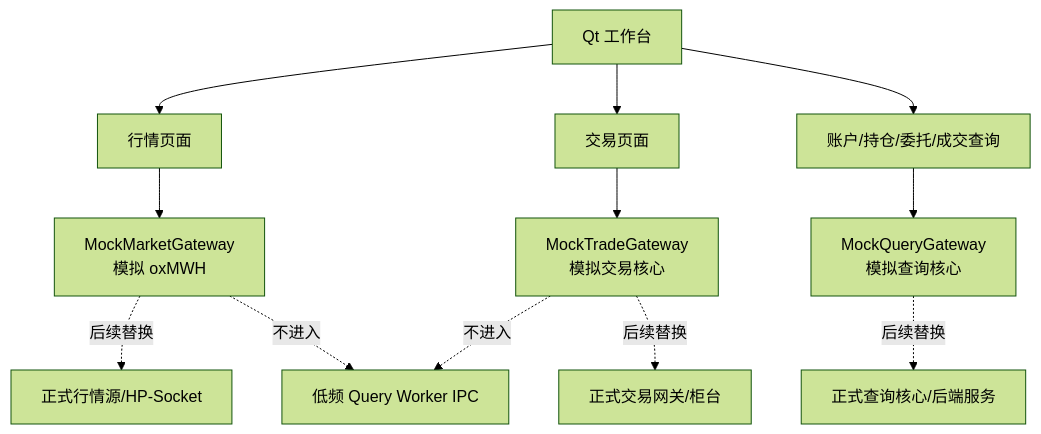
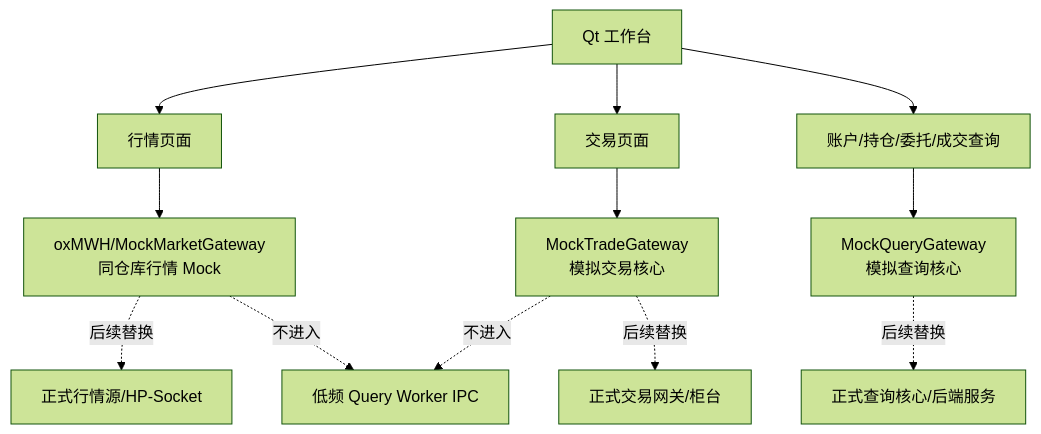
Before and after one commit to Weatherbless2/oxtrade: the second of 5 diagrams in README.md, drawn with Mermaid (forest theme). The commit also changed other lines of this file and 15 other files, not shown here.

Commit message:
feat(market): add in-repo oxMWH core (#14)

````diff
--- a/README.md
+++ b/README.md
@@ -49,15 +49,15 @@
 ```mermaid
 flowchart TB
     UI[Qt 工作台]
     UI --> M[行情页面]
     UI --> T[交易页面]
     UI --> A[账户/持仓/委托/成交查询]
-    M --> MG[MockMarketGateway<br/>模拟 oxMWH]
+    M --> MG[oxMWH/MockMarketGateway<br/>同仓库行情 Mock]
     T --> TG[MockTradeGateway<br/>模拟交易核心]
     A --> QG[MockQueryGateway<br/>模拟查询核心]
     MG -. 后续替换 .-> HM[正式行情源/HP-Socket]
     TG -. 后续替换 .-> HT[正式交易网关/柜台]
     QG -. 后续替换 .-> HQ[正式查询核心/后端服务]
     MG -. 不进入 .-> IPC[低频 Query Worker IPC]
     TG -. 不进入 .-> IPC
 ```
````
